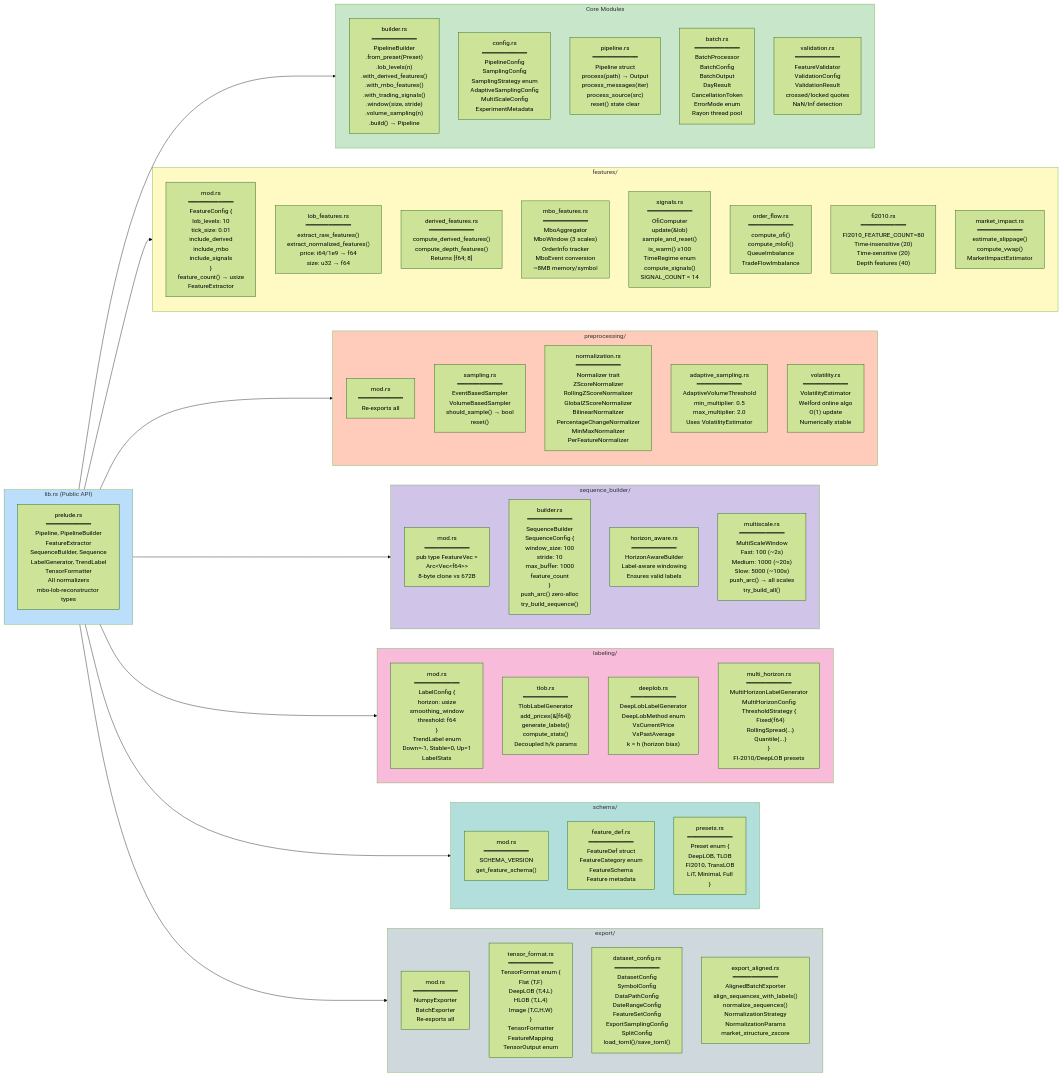
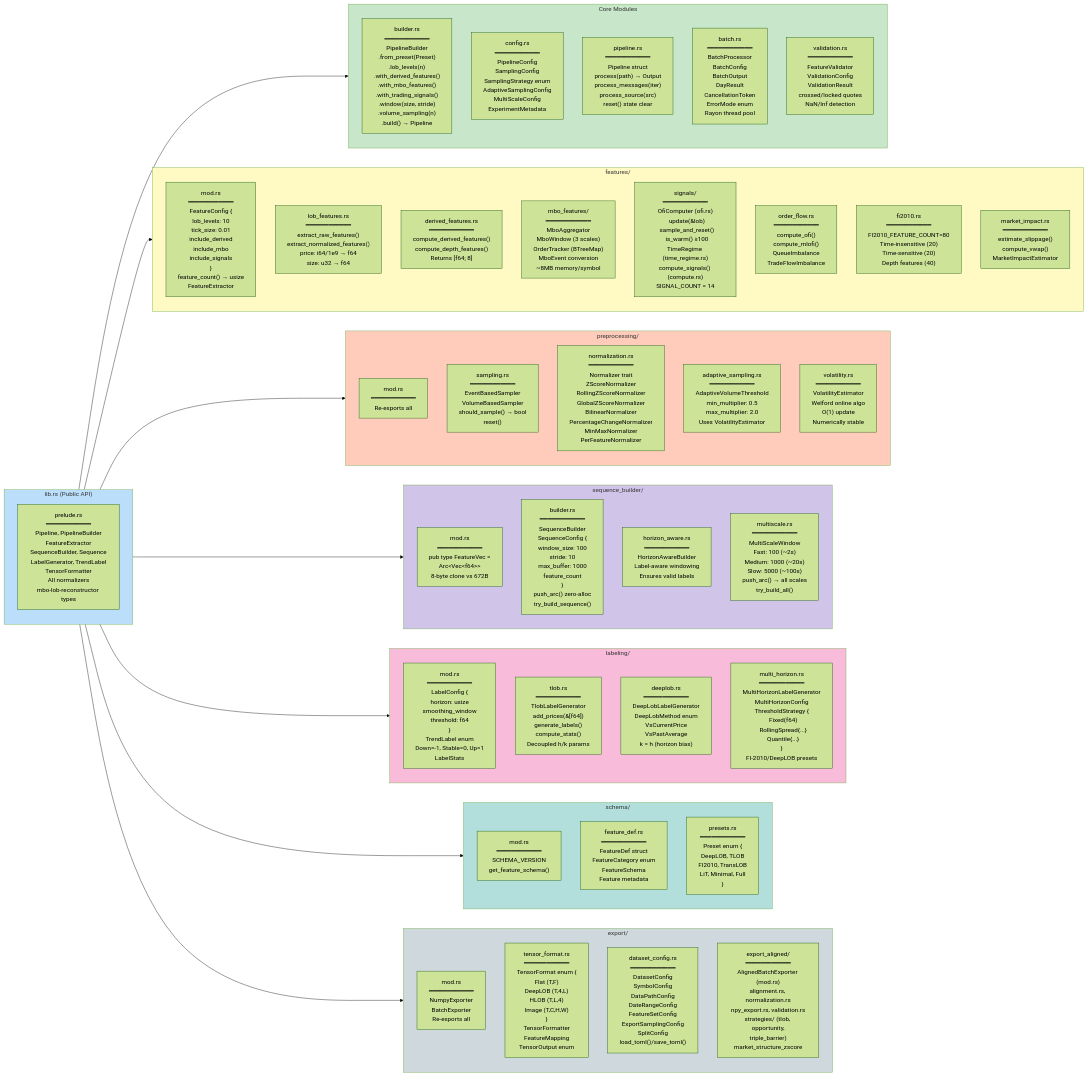
One commit to nagarx/feature-extractor-MBO-LOB changed the second of 11 diagrams in DATAFLOW_VISUALIZATION.md. Above: the diagram before and after it, drawn with Mermaid (forest theme). The commit also changed other lines of this file and 22 other files, not shown here.

````diff
--- a/DATAFLOW_VISUALIZATION.md
+++ b/DATAFLOW_VISUALIZATION.md
@@ -128,77 +128,77 @@
 ```mermaid
 flowchart LR
     subgraph lib["lib.rs (Public API)"]
         prelude["prelude.rs<br/>━━━━━━━━━━━━<br/>Pipeline, PipelineBuilder<br/>FeatureExtractor<br/>SequenceBuilder, Sequence<br/>LabelGenerator, TrendLabel<br/>TensorFormatter<br/>All normalizers<br/>mbo-lob-reconstructor types"]
     end
 
     subgraph core["Core Modules"]
         builder["builder.rs<br/>━━━━━━━━━━━━<br/>PipelineBuilder<br/>.from_preset(Preset)<br/>.lob_levels(n)<br/>.with_derived_features()<br/>.with_mbo_features()<br/>.with_trading_signals()<br/>.window(size, stride)<br/>.volume_sampling(n)<br/>.build() → Pipeline"]
         config["config.rs<br/>━━━━━━━━━━━━<br/>PipelineConfig<br/>SamplingConfig<br/>SamplingStrategy enum<br/>AdaptiveSamplingConfig<br/>MultiScaleConfig<br/>ExperimentMetadata"]
         pipeline["pipeline.rs<br/>━━━━━━━━━━━━<br/>Pipeline struct<br/>process(path) → Output<br/>process_messages(iter)<br/>process_source(src)<br/>reset() state clear"]
         batch["batch.rs<br/>━━━━━━━━━━━━<br/>BatchProcessor<br/>BatchConfig<br/>BatchOutput<br/>DayResult<br/>CancellationToken<br/>ErrorMode enum<br/>Rayon thread pool"]
         validation["validation.rs<br/>━━━━━━━━━━━━<br/>FeatureValidator<br/>ValidationConfig<br/>ValidationResult<br/>crossed/locked quotes<br/>NaN/Inf detection"]
     end
 
     subgraph features["features/"]
         feat_mod["mod.rs<br/>━━━━━━━━━━━━<br/>FeatureConfig {<br/>  lob_levels: 10<br/>  tick_size: 0.01<br/>  include_derived<br/>  include_mbo<br/>  include_signals<br/>}<br/>feature_count() → usize<br/>FeatureExtractor"]
         lob["lob_features.rs<br/>━━━━━━━━━━━━<br/>extract_raw_features()<br/>extract_normalized_features()<br/>price: i64/1e9 → f64<br/>size: u32 → f64"]
         derived["derived_features.rs<br/>━━━━━━━━━━━━<br/>compute_derived_features()<br/>compute_depth_features()<br/>Returns [f64; 8]"]
-        mbo["mbo_features.rs<br/>━━━━━━━━━━━━<br/>MboAggregator<br/>MboWindow (3 scales)<br/>OrderInfo tracker<br/>MboEvent conversion<br/>~8MB memory/symbol"]
-        signals_mod["signals.rs<br/>━━━━━━━━━━━━<br/>OfiComputer<br/>  update(&amp;lob)<br/>  sample_and_reset()<br/>  is_warm() ≥100<br/>TimeRegime enum<br/>compute_signals()<br/>SIGNAL_COUNT = 14"]
+        mbo["mbo_features/<br/>━━━━━━━━━━━━<br/>MboAggregator<br/>MboWindow (3 scales)<br/>OrderTracker (BTreeMap)<br/>MboEvent conversion<br/>~8MB memory/symbol"]
+        signals_mod["signals/<br/>━━━━━━━━━━━━<br/>OfiComputer (ofi.rs)<br/>  update(&amp;lob)<br/>  sample_and_reset()<br/>  is_warm() ≥100<br/>TimeRegime (time_regime.rs)<br/>compute_signals() (compute.rs)<br/>SIGNAL_COUNT = 14"]
         order_flow["order_flow.rs<br/>━━━━━━━━━━━━<br/>compute_ofi()<br/>compute_mlofi()<br/>QueueImbalance<br/>TradeFlowImbalance"]
         fi2010["fi2010.rs<br/>━━━━━━━━━━━━<br/>FI2010_FEATURE_COUNT=80<br/>Time-insensitive (20)<br/>Time-sensitive (20)<br/>Depth features (40)"]
         market_impact["market_impact.rs<br/>━━━━━━━━━━━━<br/>estimate_slippage()<br/>compute_vwap()<br/>MarketImpactEstimator"]
     end
 
     subgraph preprocessing["preprocessing/"]
         prep_mod["mod.rs<br/>━━━━━━━━━━━━<br/>Re-exports all"]
         sampling["sampling.rs<br/>━━━━━━━━━━━━<br/>EventBasedSampler<br/>VolumeBasedSampler<br/>should_sample() → bool<br/>reset()"]
         normalization["normalization.rs<br/>━━━━━━━━━━━━<br/>Normalizer trait<br/>ZScoreNormalizer<br/>RollingZScoreNormalizer<br/>GlobalZScoreNormalizer<br/>BilinearNormalizer<br/>PercentageChangeNormalizer<br/>MinMaxNormalizer<br/>PerFeatureNormalizer"]
         adaptive["adaptive_sampling.rs<br/>━━━━━━━━━━━━<br/>AdaptiveVolumeThreshold<br/>min_multiplier: 0.5<br/>max_multiplier: 2.0<br/>Uses VolatilityEstimator"]
         volatility["volatility.rs<br/>━━━━━━━━━━━━<br/>VolatilityEstimator<br/>Welford online algo<br/>O(1) update<br/>Numerically stable"]
     end
 
     subgraph sequence_builder["sequence_builder/"]
         seq_mod["mod.rs<br/>━━━━━━━━━━━━<br/>pub type FeatureVec =<br/>  Arc&lt;Vec&lt;f64&gt;&gt;<br/>8-byte clone vs 672B"]
         seq_builder["builder.rs<br/>━━━━━━━━━━━━<br/>SequenceBuilder<br/>SequenceConfig {<br/>  window_size: 100<br/>  stride: 10<br/>  max_buffer: 1000<br/>  feature_count<br/>}<br/>push_arc() zero-alloc<br/>try_build_sequence()"]
         horizon_aware["horizon_aware.rs<br/>━━━━━━━━━━━━<br/>HorizonAwareBuilder<br/>Label-aware windowing<br/>Ensures valid labels"]
         multiscale["multiscale.rs<br/>━━━━━━━━━━━━<br/>MultiScaleWindow<br/>Fast: 100 (~2s)<br/>Medium: 1000 (~20s)<br/>Slow: 5000 (~100s)<br/>push_arc() → all scales<br/>try_build_all()"]
     end
 
     subgraph labeling["labeling/"]
         label_mod["mod.rs<br/>━━━━━━━━━━━━<br/>LabelConfig {<br/>  horizon: usize<br/>  smoothing_window<br/>  threshold: f64<br/>}<br/>TrendLabel enum<br/>  Down=-1, Stable=0, Up=1<br/>LabelStats"]
         tlob["tlob.rs<br/>━━━━━━━━━━━━<br/>TlobLabelGenerator<br/>add_prices(&amp;[f64])<br/>generate_labels()<br/>compute_stats()<br/>Decoupled h/k params"]
         deeplob["deeplob.rs<br/>━━━━━━━━━━━━<br/>DeepLobLabelGenerator<br/>DeepLobMethod enum<br/>  VsCurrentPrice<br/>  VsPastAverage<br/>k = h (horizon bias)"]
         multi_horizon["multi_horizon.rs<br/>━━━━━━━━━━━━<br/>MultiHorizonLabelGenerator<br/>MultiHorizonConfig<br/>ThresholdStrategy {<br/>  Fixed(f64)<br/>  RollingSpread{...}<br/>  Quantile{...}<br/>}<br/>FI-2010/DeepLOB presets"]
     end
 
     subgraph schema["schema/"]
         schema_mod["mod.rs<br/>━━━━━━━━━━━━<br/>SCHEMA_VERSION<br/>get_feature_schema()"]
         feature_def["feature_def.rs<br/>━━━━━━━━━━━━<br/>FeatureDef struct<br/>FeatureCategory enum<br/>FeatureSchema<br/>Feature metadata"]
         presets["presets.rs<br/>━━━━━━━━━━━━<br/>Preset enum {<br/>  DeepLOB, TLOB<br/>  FI2010, TransLOB<br/>  LiT, Minimal, Full<br/>}"]
     end
 
     subgraph export["export/"]
         export_mod["mod.rs<br/>━━━━━━━━━━━━<br/>NumpyExporter<br/>BatchExporter<br/>Re-exports all"]
         tensor_format["tensor_format.rs<br/>━━━━━━━━━━━━<br/>TensorFormat enum {<br/>  Flat (T,F)<br/>  DeepLOB (T,4,L)<br/>  HLOB (T,L,4)<br/>  Image (T,C,H,W)<br/>}<br/>TensorFormatter<br/>FeatureMapping<br/>TensorOutput enum"]
         dataset_config["dataset_config.rs<br/>━━━━━━━━━━━━<br/>DatasetConfig<br/>SymbolConfig<br/>DataPathConfig<br/>DateRangeConfig<br/>FeatureSetConfig<br/>ExportSamplingConfig<br/>SplitConfig<br/>load_toml()/save_toml()"]
-        export_aligned["export_aligned.rs<br/>━━━━━━━━━━━━<br/>AlignedBatchExporter<br/>align_sequences_with_labels()<br/>normalize_sequences()<br/>NormalizationStrategy<br/>NormalizationParams<br/>market_structure_zscore"]
+        export_aligned["export_aligned/<br/>━━━━━━━━━━━━<br/>AlignedBatchExporter (mod.rs)<br/>alignment.rs, normalization.rs<br/>npy_export.rs, validation.rs<br/>strategies/ (tlob, opportunity,<br/>triple_barrier)<br/>market_structure_zscore"]
     end
 
     lib --> core
     lib --> features
     lib --> preprocessing
     lib --> sequence_builder
     lib --> labeling
     lib --> schema
     lib --> export
 
     style lib fill:#bbdefb
     style core fill:#c8e6c9
     style features fill:#fff9c4
     style preprocessing fill:#ffccbc
     style sequence_builder fill:#d1c4e9
     style labeling fill:#f8bbd9
     style schema fill:#b2dfdb
     style export fill:#cfd8dc
 ```
````
